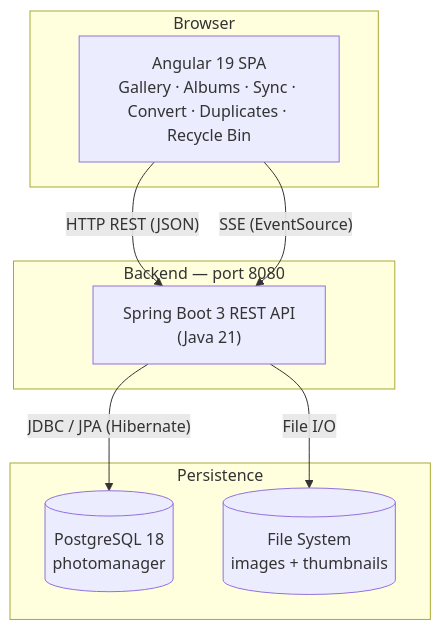
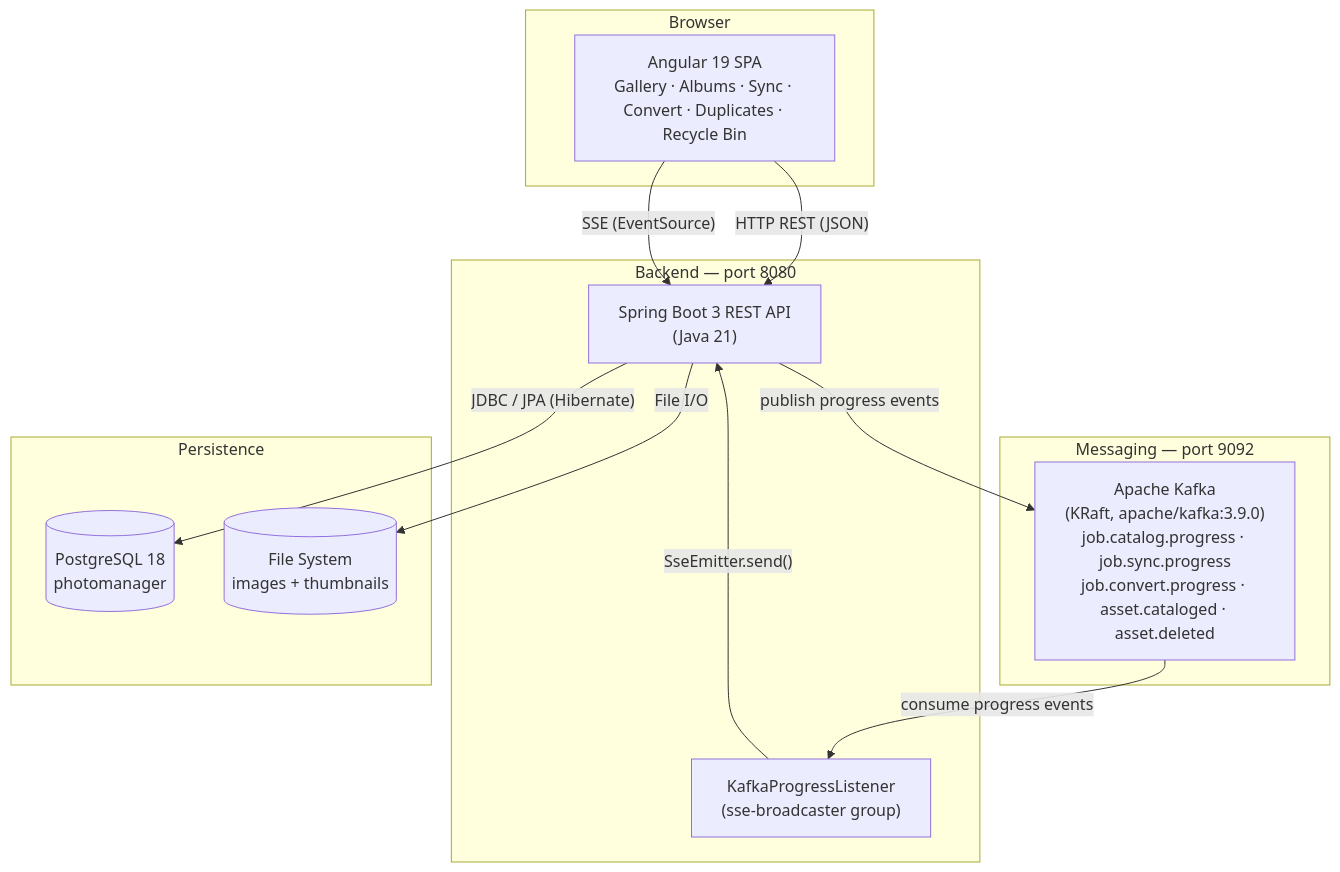
One commit to jpablodrexler/jp-photo-manager changed the first of 6 diagrams in JPPhotoManagerWeb/README.md. Above: the diagram before and after it, drawn with Mermaid. The commit also changed other lines of this file and 7 other files, not shown here.

First line of the commit message:
Implement kafka-catalog-pipeline: Kafka-mediated SSE progress pipeline

````diff
--- a/JPPhotoManagerWeb/README.md
+++ b/JPPhotoManagerWeb/README.md
@@ -83,20 +83,28 @@
 ```mermaid
 graph TB
     subgraph browser["Browser"]
         Angular["Angular 19 SPA\nGallery · Albums · Sync · Convert · Duplicates · Recycle Bin"]
     end
 
-    subgraph api["Backend — port 8080"]
+    subgraph backend["Backend — port 8080"]
         SpringBoot["Spring Boot 3 REST API\n(Java 21)"]
+        KPL["KafkaProgressListener\n(sse-broadcaster group)"]
+    end
+
+    subgraph messaging["Messaging — port 9092"]
+        Kafka["Apache Kafka\n(KRaft, apache/kafka:3.9.0)\njob.catalog.progress · job.sync.progress\njob.convert.progress · asset.cataloged · asset.deleted"]
     end
 
     subgraph persistence["Persistence"]
         PG[("PostgreSQL 18\nphotomanager")]
         FS[("File System\nimages + thumbnails")]
     end
 
     Angular -->|"HTTP REST (JSON)"| SpringBoot
     Angular -->|"SSE (EventSource)"| SpringBoot
     SpringBoot -->|"JDBC / JPA (Hibernate)"| PG
     SpringBoot -->|"File I/O"| FS
+    SpringBoot -->|"publish progress events"| Kafka
+    Kafka -->|"consume progress events"| KPL
+    KPL -->|"SseEmitter.send()"| SpringBoot
 ```
````
